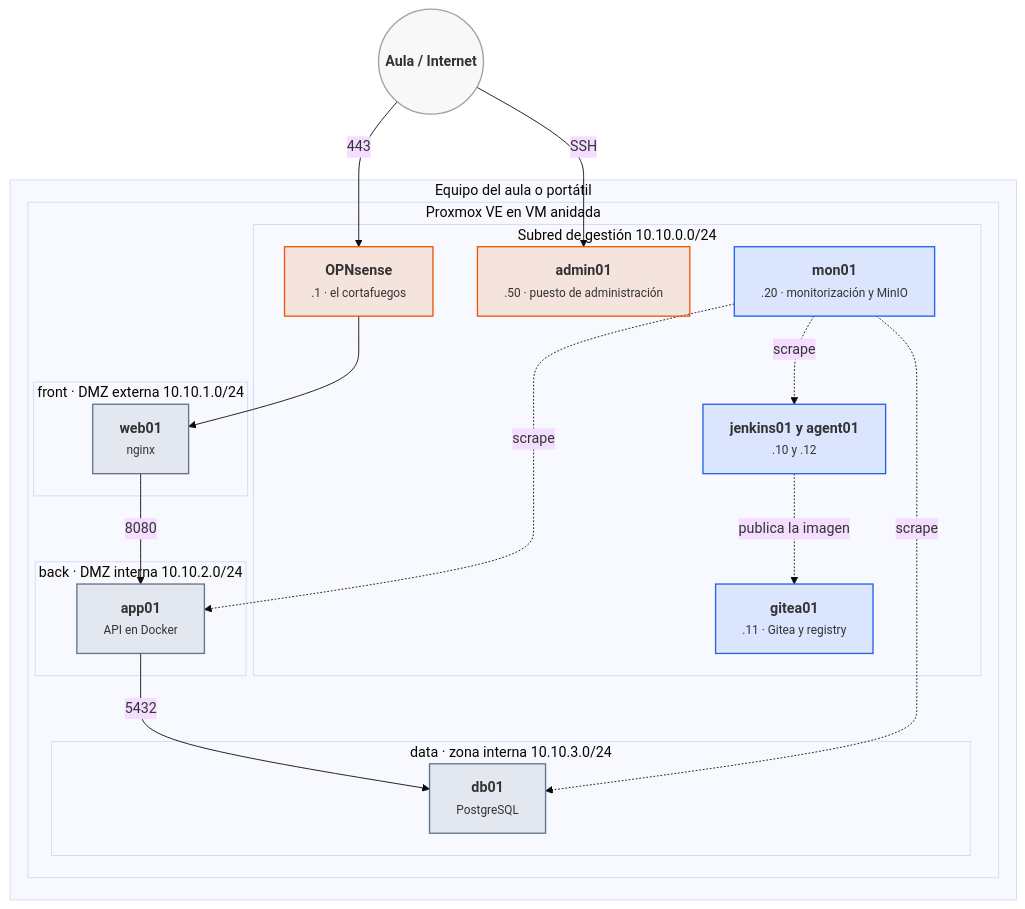
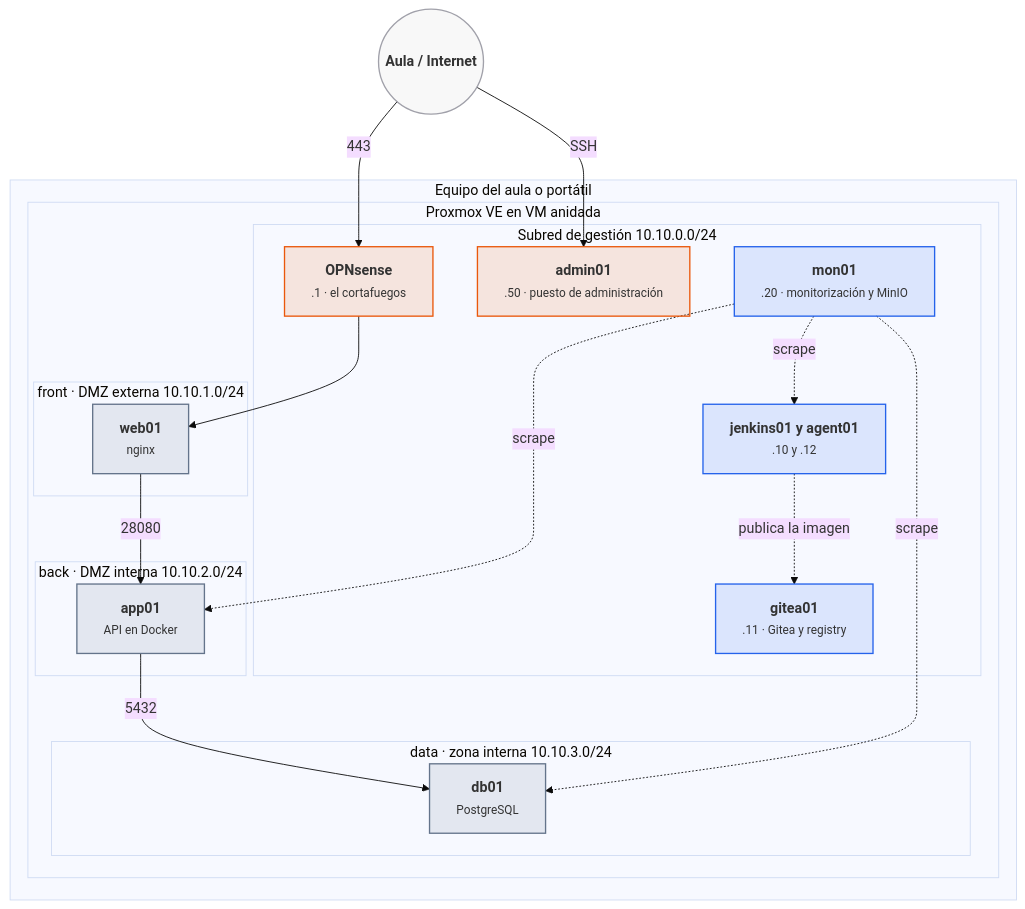
The diagram in docs/laboratorio.md (victor-educ/apuntes-5166), drawn with Mermaid (base theme) before and after one commit. The commit also changed other lines of this file and 12 other files, not shown here.

````diff
--- a/docs/laboratorio.md
+++ b/docs/laboratorio.md
@@ -7,36 +7,36 @@
 ```mermaid
 flowchart TB
     subgraph host["Equipo del aula o portátil"]
         subgraph pve["Proxmox VE en VM anidada"]
             subgraph mgmt["Subred de gestión 10.10.0.0/24"]
                 fw["<b>OPNsense</b><br><small>.1 · el cortafuegos</small>"]:::act
                 adm["<b>admin01</b><br><small>.50 · puesto de administración</small>"]:::act
                 jenkins["<b>jenkins01 y agent01</b><br><small>.10 y .12</small>"]:::dato
                 mon["<b>mon01</b><br><small>.20 · monitorización y MinIO</small>"]:::dato
                 git["<b>gitea01</b><br><small>.11 · Gitea y registry</small>"]:::dato
             end
             subgraph front["front · DMZ externa 10.10.1.0/24"]
                 web["<b>web01</b><br><small>nginx</small>"]:::pieza
             end
             subgraph back["back · DMZ interna 10.10.2.0/24"]
                 app["<b>app01</b><br><small>API en Docker</small>"]:::pieza
             end
             subgraph data["data · zona interna 10.10.3.0/24"]
                 db["<b>db01</b><br><small>PostgreSQL</small>"]:::pieza
             end
         end
     end
     Internet(("<b>Aula / Internet</b>")):::infra -->|443| fw
     Internet -->|SSH| adm
     fw --> web
-    web -->|8080| app
+    web -->|28080| app
     app -->|5432| db
     jenkins -.->|publica la imagen| git
     mon -.->|scrape| app & db & jenkins
     classDef act fill:#ea580c22,stroke:#ea580c,stroke-width:1.5px
     classDef pieza fill:#64748b22,stroke:#64748b,stroke-width:1.5px
     classDef dato fill:#2563eb22,stroke:#2563eb,stroke-width:1.5px
     classDef infra fill:#a1a1aa14,stroke:#a1a1aa,stroke-width:1.5px
     classDef ok fill:#16a34a22,stroke:#16a34a,stroke-width:1.5px
     classDef riesgo fill:#dc262622,stroke:#dc2626,stroke-width:1.5px
 ```
````
